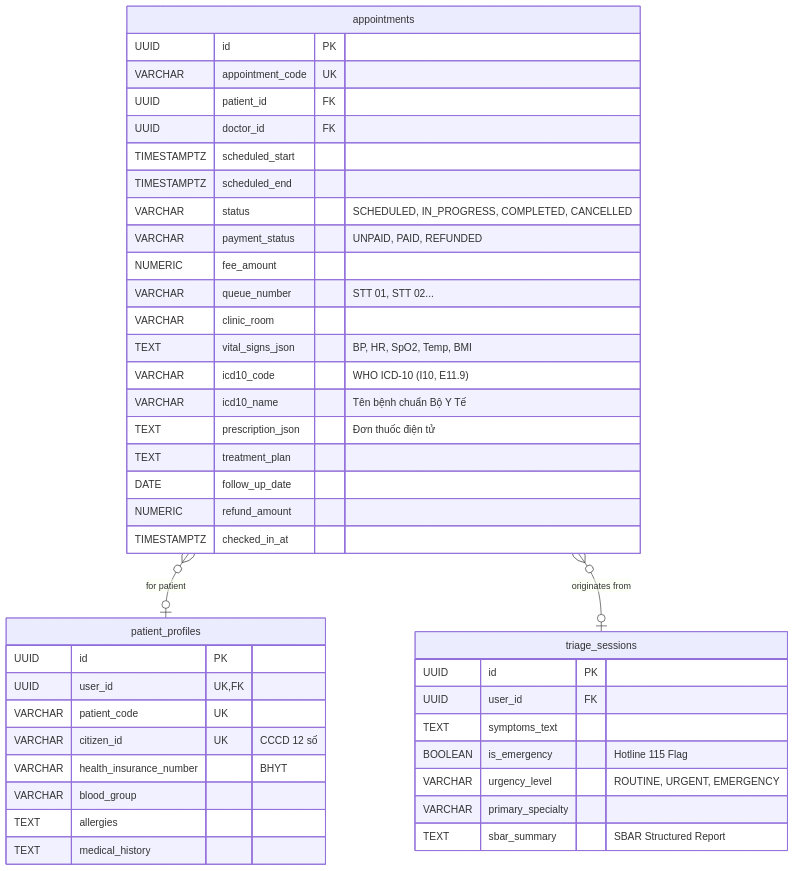
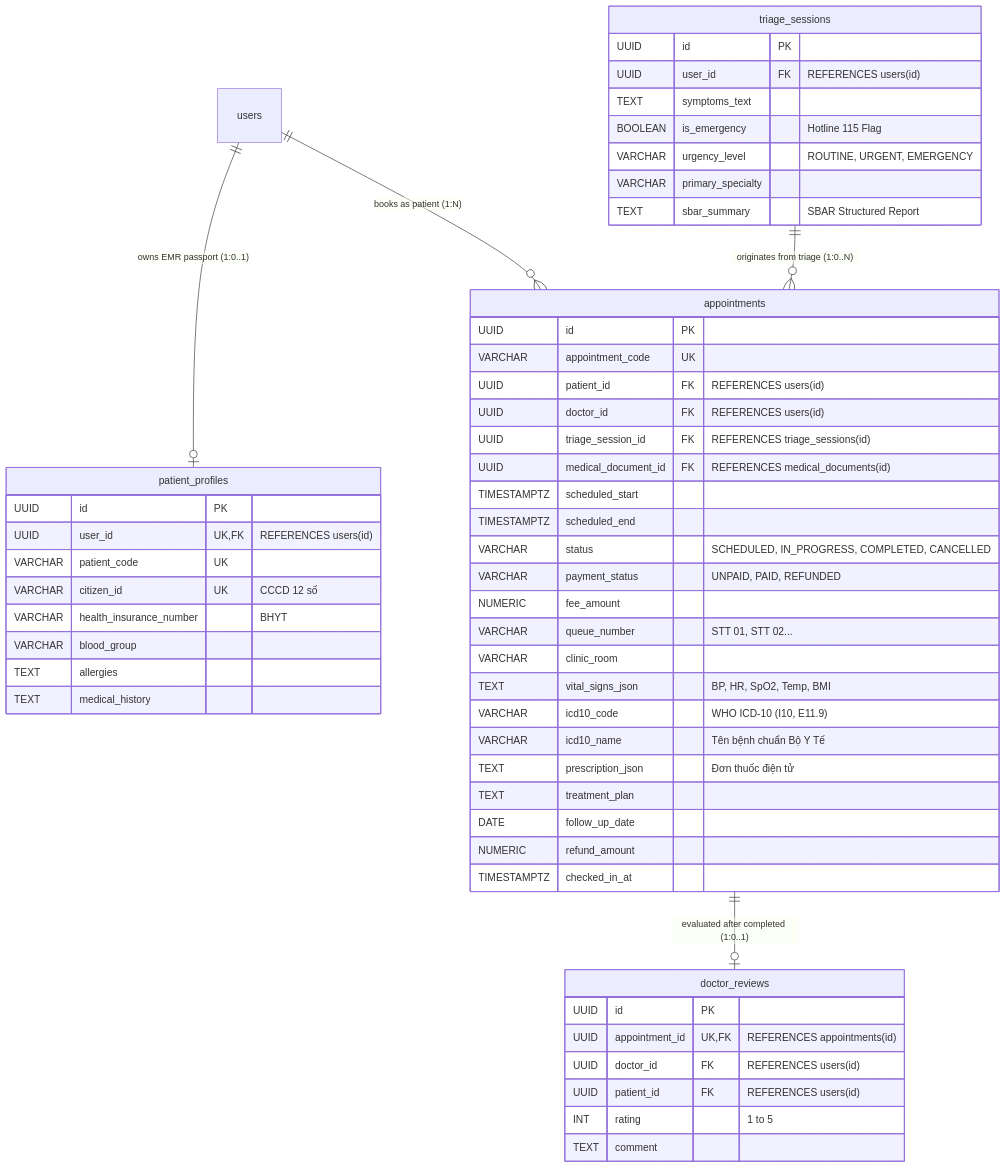
The fourth of 5 diagrams in docs/DATABASE_DESIGN.md (vinhhotff/KLTN-medical-assistant), drawn with Mermaid before and after one commit. The commit also changed other lines of this file and 52 other files, not shown here.

````diff
--- a/docs/DATABASE_DESIGN.md
+++ b/docs/DATABASE_DESIGN.md
@@ -153,46 +171,58 @@
 ```mermaid
 erDiagram
-    appointments }o--o| patient_profiles : "for patient"
-    appointments }o--o| triage_sessions : "originates from"
+    users ||--o| patient_profiles : "owns EMR passport (1:0..1)"
+    users ||--o{ appointments : "books as patient (1:N)"
+    triage_sessions ||--o{ appointments : "originates from triage (1:0..N)"
+    appointments ||--o| doctor_reviews : "evaluated after completed (1:0..1)"
 
     appointments {
         UUID id PK
         VARCHAR appointment_code UK
-        UUID patient_id FK
-        UUID doctor_id FK
+        UUID patient_id FK "REFERENCES users(id)"
+        UUID doctor_id FK "REFERENCES users(id)"
+        UUID triage_session_id FK "REFERENCES triage_sessions(id)"
+        UUID medical_document_id FK "REFERENCES medical_documents(id)"
         TIMESTAMPTZ scheduled_start
         TIMESTAMPTZ scheduled_end
         VARCHAR status "SCHEDULED, IN_PROGRESS, COMPLETED, CANCELLED"
         VARCHAR payment_status "UNPAID, PAID, REFUNDED"
         NUMERIC fee_amount
         VARCHAR queue_number "STT 01, STT 02..."
         VARCHAR clinic_room
         TEXT vital_signs_json "BP, HR, SpO2, Temp, BMI"
         VARCHAR icd10_code "WHO ICD-10 (I10, E11.9)"
         VARCHAR icd10_name "Tên bệnh chuẩn Bộ Y Tế"
         TEXT prescription_json "Đơn thuốc điện tử"
         TEXT treatment_plan
         DATE follow_up_date
         NUMERIC refund_amount
         TIMESTAMPTZ checked_in_at
     }
     patient_profiles {
         UUID id PK
-        UUID user_id UK, FK
+        UUID user_id UK, FK "REFERENCES users(id)"
         VARCHAR patient_code UK
         VARCHAR citizen_id UK "CCCD 12 số"
         VARCHAR health_insurance_number "BHYT"
         VARCHAR blood_group
         TEXT allergies
         TEXT medical_history
     }
     triage_sessions {
         UUID id PK
-        UUID user_id FK
+        UUID user_id FK "REFERENCES users(id)"
         TEXT symptoms_text
         BOOLEAN is_emergency "Hotline 115 Flag"
         VARCHAR urgency_level "ROUTINE, URGENT, EMERGENCY"
         VARCHAR primary_specialty
         TEXT sbar_summary "SBAR Structured Report"
     }
+    doctor_reviews {
+        UUID id PK
+        UUID appointment_id UK, FK "REFERENCES appointments(id)"
+        UUID doctor_id FK "REFERENCES users(id)"
+        UUID patient_id FK "REFERENCES users(id)"
+        INT rating "1 to 5"
+        TEXT comment
+    }
 ```
````
